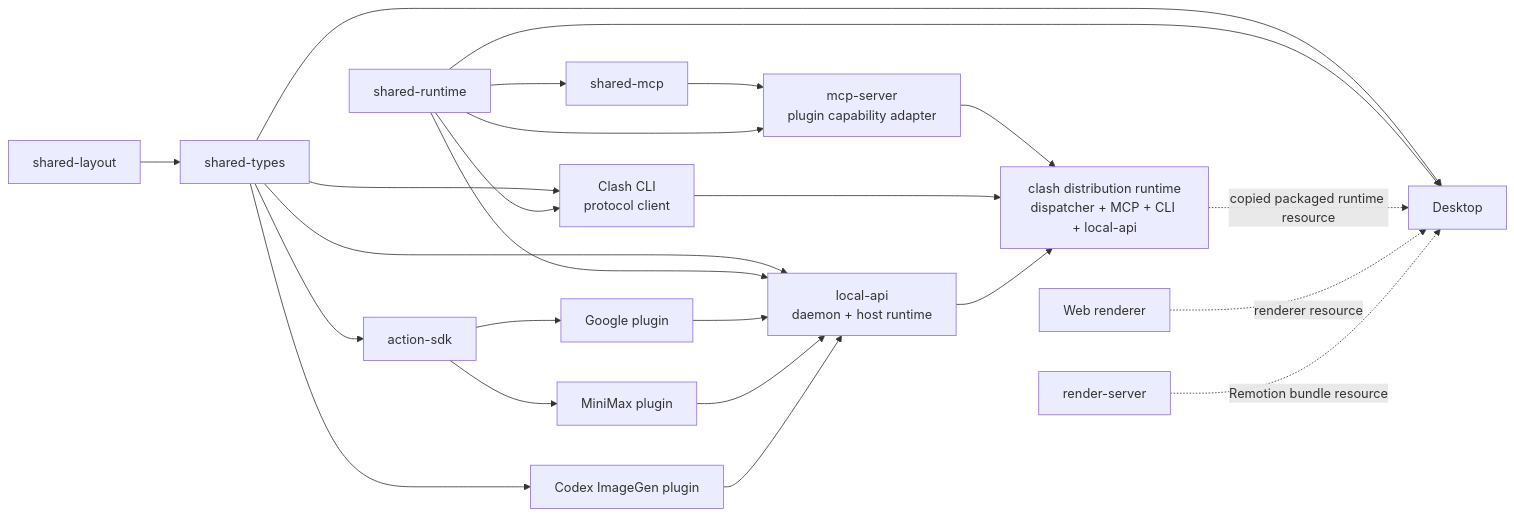
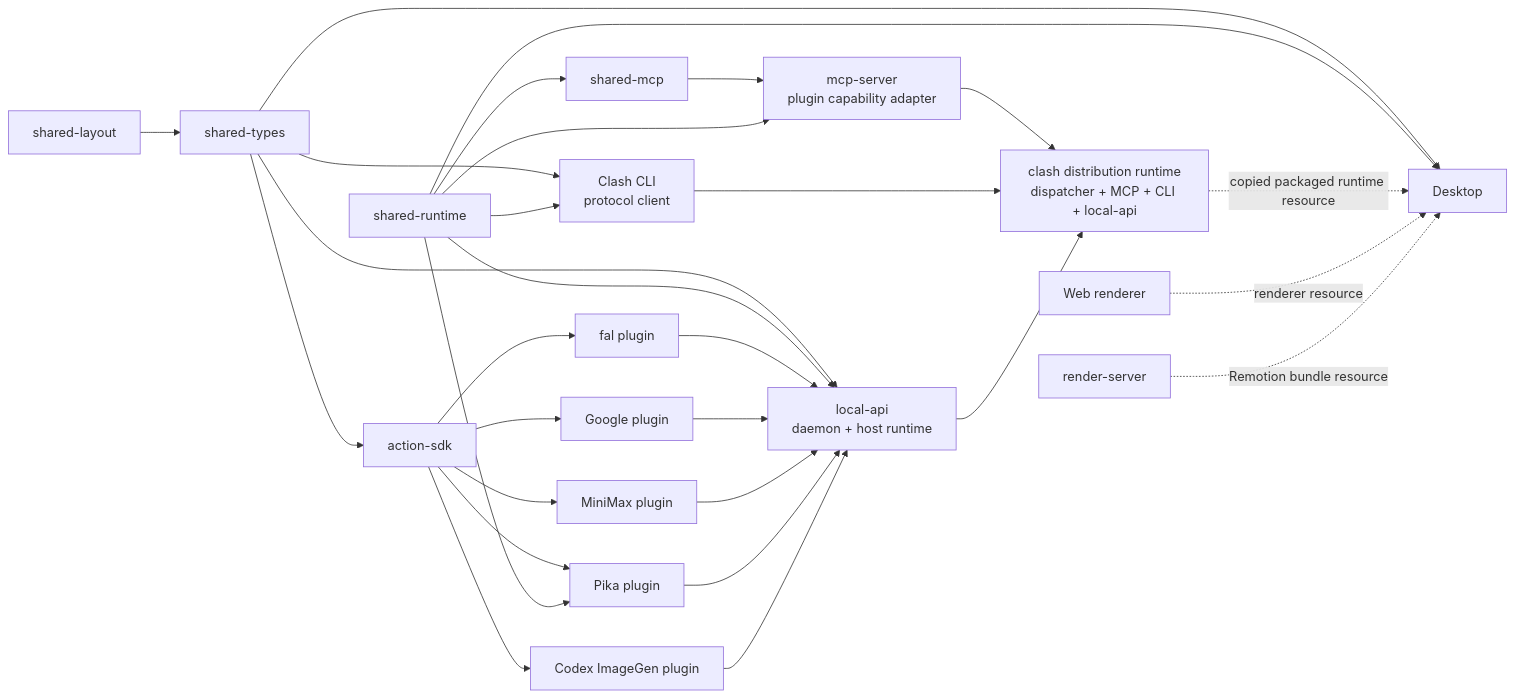
One commit to clash-space/clash changed the second of 3 diagrams in apps/docs/guide/build-architecture.md. Above: the diagram before and after it, drawn with Mermaid. The commit also changed other lines of this file and 190 other files, not shown here.

````diff
--- a/apps/docs/guide/build-architecture.md
+++ b/apps/docs/guide/build-architecture.md
@@ -39,30 +39,35 @@
 ```mermaid
 flowchart LR
   layout["shared-layout"] --> types["shared-types"]
   runtime["shared-runtime"] --> mcpShared["shared-mcp"]
   types --> actionSdk["action-sdk"]
   mcpShared --> mcpAdapter["mcp-server\nplugin capability adapter"]
   runtime --> mcpAdapter
 
   actionSdk --> google["Google plugin"]
+  actionSdk --> fal["fal plugin"]
   actionSdk --> minimax["MiniMax plugin"]
-  types --> imagegen["Codex ImageGen plugin"]
+  actionSdk --> pika["Pika plugin"]
+  runtime --> pika
+  actionSdk --> imagegen["Codex ImageGen plugin"]
 
   types --> cli["Clash CLI\nprotocol client"]
   runtime --> cli
   mcpAdapter --> clashDist["clash distribution runtime\ndispatcher + MCP + CLI + local-api"]
   cli --> clashDist
 
   types --> localApi["local-api\ndaemon + host runtime"]
   runtime --> localApi
+  fal --> localApi
   google --> localApi
   minimax --> localApi
+  pika --> localApi
   imagegen --> localApi
   localApi --> clashDist
 
   types --> desktop["Desktop"]
   runtime --> desktop
   clashDist -. "copied packaged runtime resource" .-> desktop
   web["Web renderer"] -. "renderer resource" .-> desktop
   render["render-server"] -. "Remotion bundle resource" .-> desktop
 ```
````
